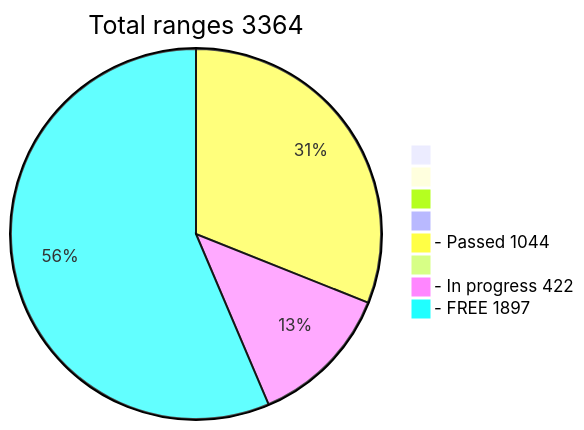
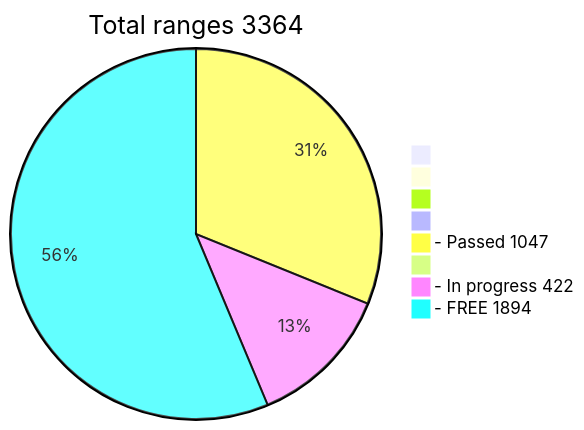
The diagram in README.md (phrutis/wif500), drawn with Mermaid before and after one commit.

````diff
--- a/README.md
+++ b/README.md
@@ -16,12 +16,12 @@
 ```mermaid
 pie title Total ranges 3364
              " " : 0
             "  " : 0
            "   " : 0
           "    " : 0
-  "- Passed 1044" : 1044
+  "- Passed 1047" : 1047
          "     " : 0
   "- In progress 422" : 422
-   "- FREE 1897" : 1897
+   "- FREE 1894" : 1894
    
 ```
````
